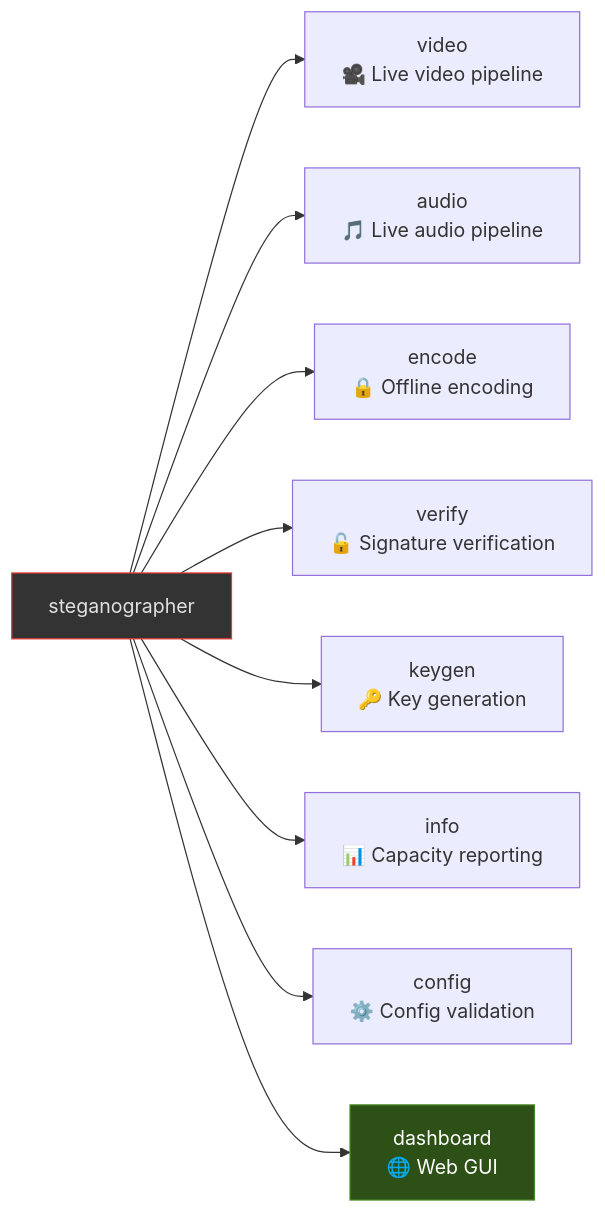
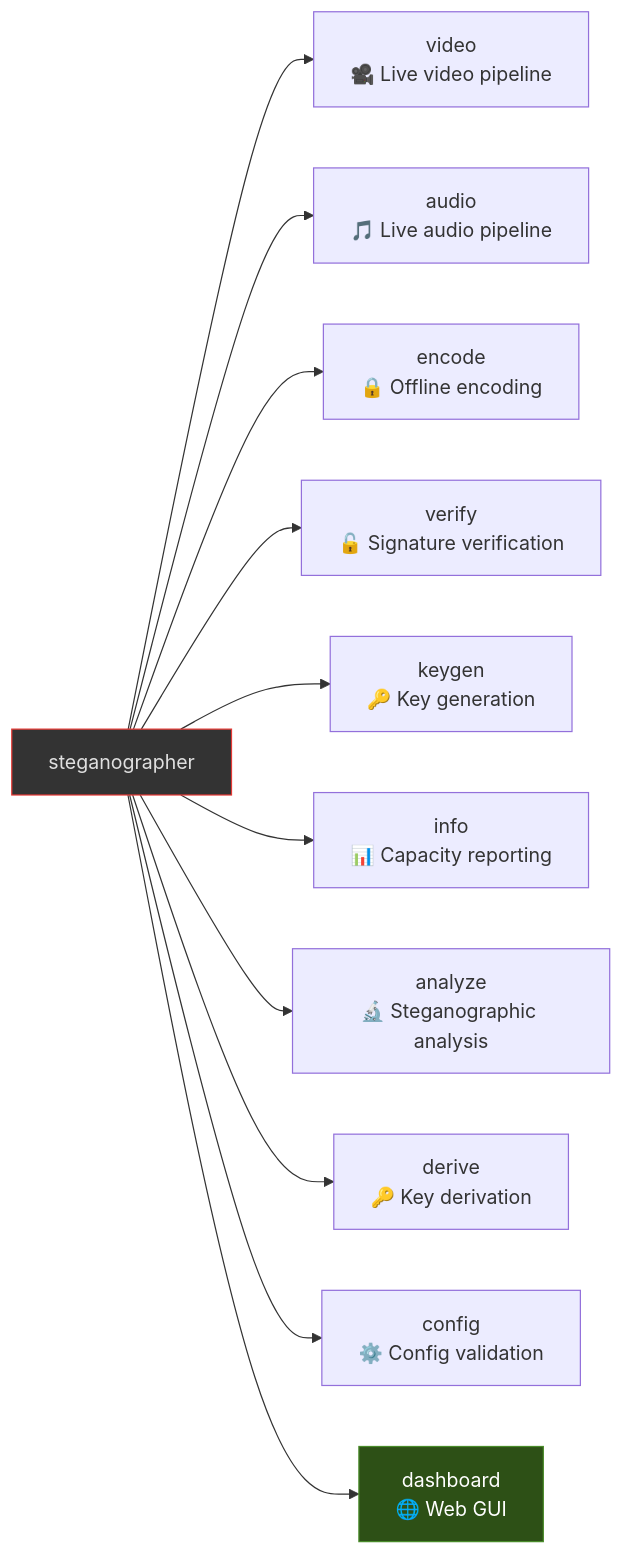
Before and after one commit to docxology/steganographer: the diagram in docs/cli-reference.md, drawn with Mermaid. The commit also changed other lines of this file and 26 other files, not shown here.

````diff
--- a/docs/cli-reference.md
+++ b/docs/cli-reference.md
@@ -9,13 +9,15 @@
 ```mermaid
 flowchart LR
     CLI["steganographer"] --> VIDEO["video\n🎥 Live video pipeline"]
     CLI --> AUDIO["audio\n🎵 Live audio pipeline"]
     CLI --> ENCODE["encode\n🔒 Offline encoding"]
     CLI --> VERIFY["verify\n🔓 Signature verification"]
     CLI --> KEYGEN["keygen\n🔑 Key generation"]
     CLI --> INFO["info\n📊 Capacity reporting"]
+    CLI --> ANALYZE["analyze\n🔬 Steganographic analysis"]
+    CLI --> DERIVE["derive\n🔑 Key derivation"]
     CLI --> CONFIG["config\n⚙️ Config validation"]
     CLI --> DASH["dashboard\n🌐 Web GUI"]
     style CLI fill:#333,stroke:#e53935,color:#e0e0e0
     style DASH fill:#2d5016,stroke:#4a8c2a,color:#fff
 ```
````
